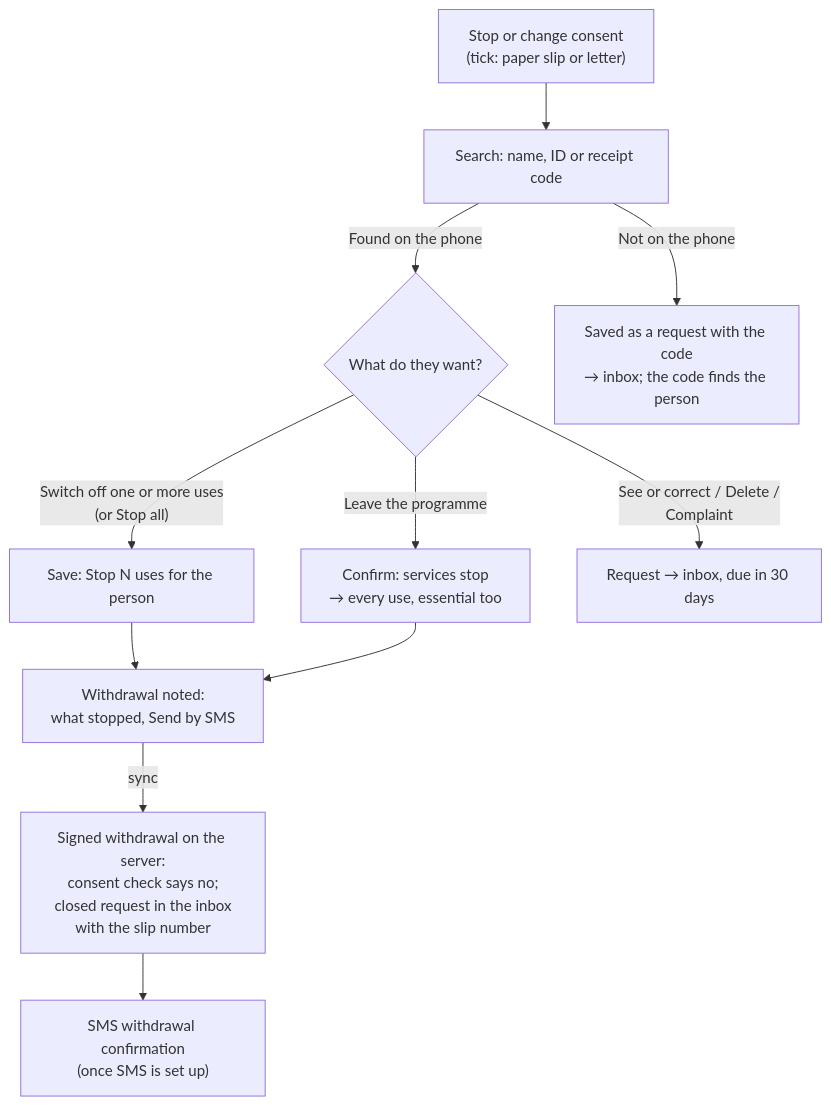
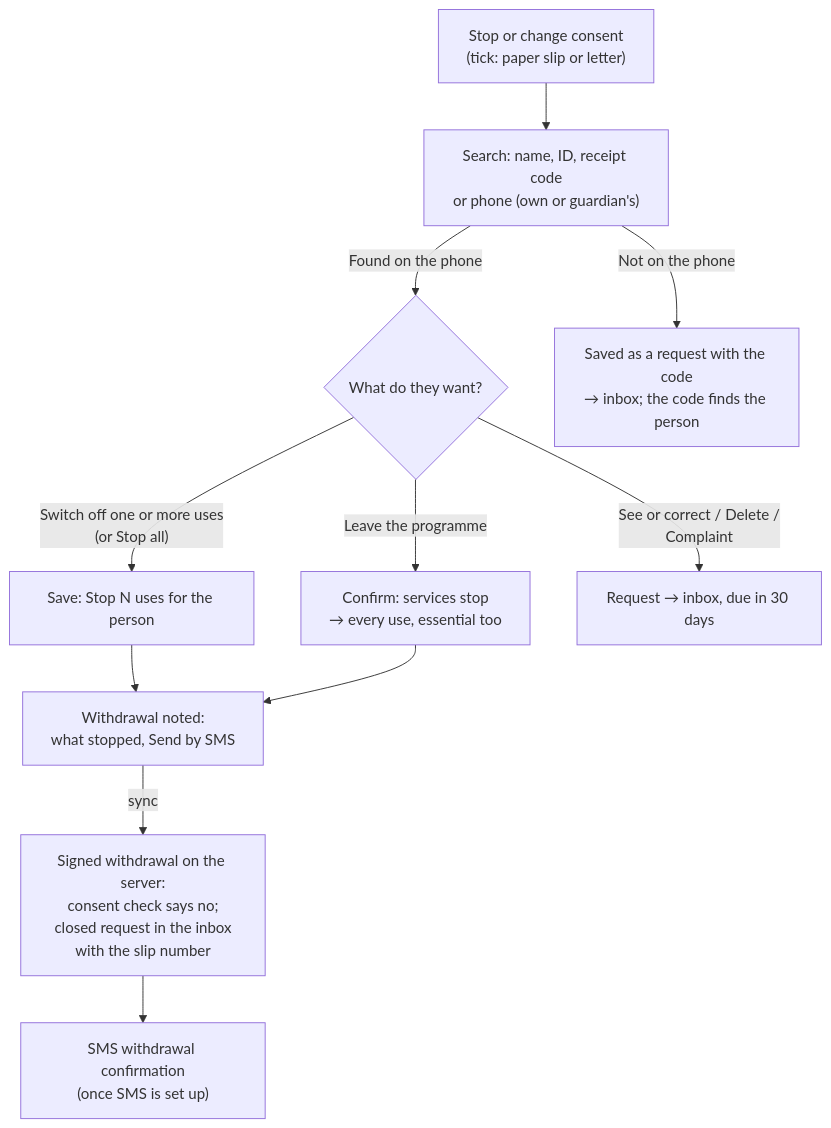
The sixth of 10 diagrams in docs/guide/product-guide.md (sunandan89/anumati), drawn with Mermaid before and after one commit. The commit also changed other lines of this file and 6 other files, not shown here.

First line of the commit message:
People for the phone carry the guardian's number, to find a child by it

````diff
--- a/docs/guide/product-guide.md
+++ b/docs/guide/product-guide.md
@@ -282,13 +282,13 @@
 ```mermaid
 flowchart TD
-  A["Stop or change consent<br/>(tick: paper slip or letter)"] --> F["Search: name, ID or receipt code"]
+  A["Stop or change consent<br/>(tick: paper slip or letter)"] --> F["Search: name, ID, receipt code<br/>or phone (own or guardian's)"]
   F -- "Found on the phone" --> W{"What do they want?"}
   F -- "Not on the phone" --> R["Saved as a request with the code<br/>→ inbox; the code finds the person"]
   W -- "Switch off one or more uses<br/>(or Stop all)" --> L["Save: Stop N uses for the person"]
   W -- "Leave the programme" --> LV["Confirm: services stop<br/>→ every use, essential too"]
   W -- "See or correct / Delete /<br/>Complaint" --> Q["Request → inbox, due in 30 days"]
   L --> N["Withdrawal noted:<br/>what stopped, Send by SMS"]
   LV --> N
   N -- "sync" --> S["Signed withdrawal on the server:<br/>consent check says no;<br/>closed request in the inbox<br/>with the slip number"]
   S --> M["SMS withdrawal confirmation<br/>(once SMS is set up)"]
 ```
````
